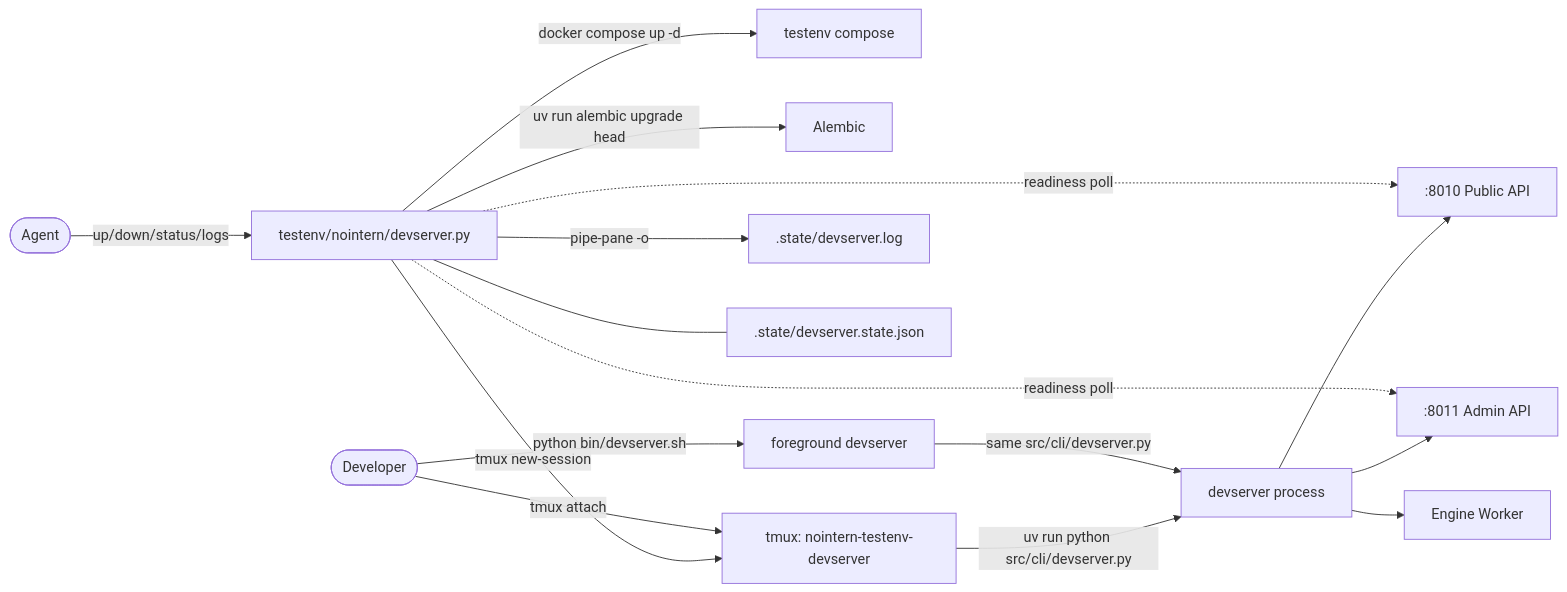
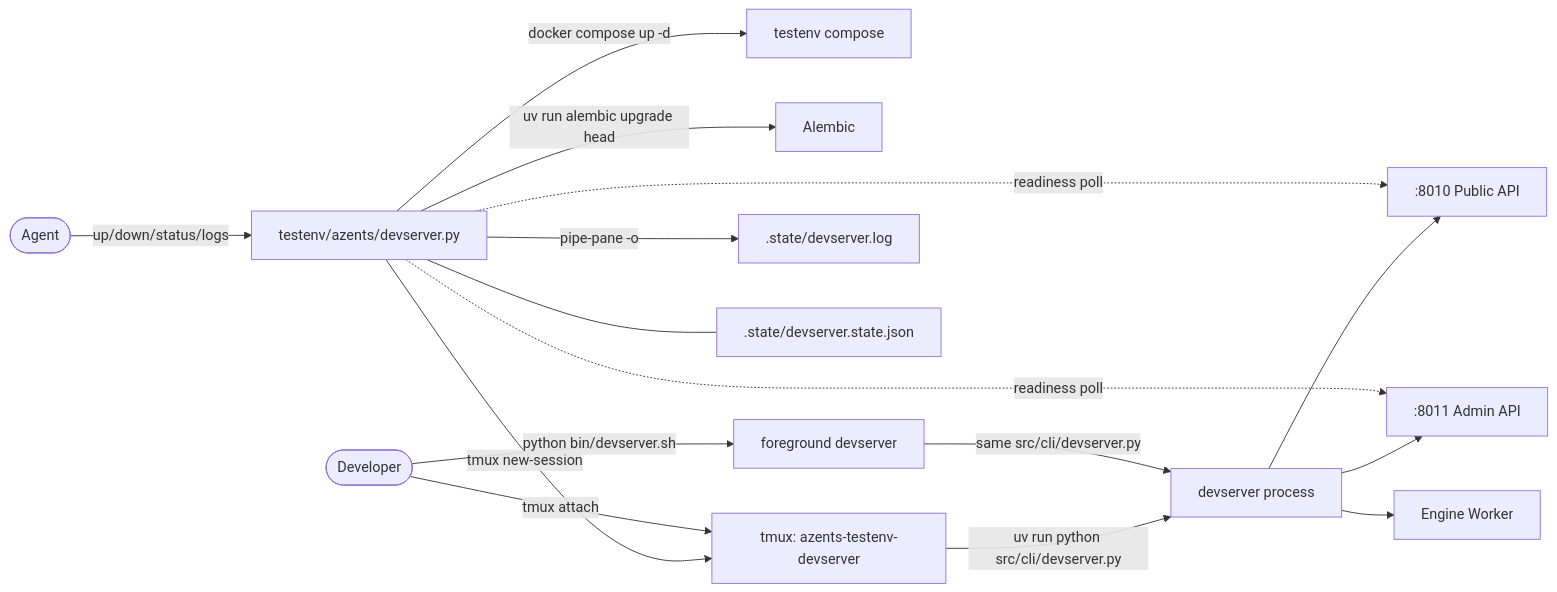
The diagram in docs/azents/adr/devserver-260406-devserver-lifecycle.md (azents/azents), drawn with Mermaid before and after one commit. The commit also changed 245 other files, not shown here.

````diff
--- a/docs/azents/adr/devserver-260406-devserver-lifecycle.md
+++ b/docs/azents/adr/devserver-260406-devserver-lifecycle.md
@@ -27,19 +27,19 @@
 ```mermaid
 flowchart LR
-    Agent([Agent]) -->|up/down/status/logs| CLI[testenv/nointern/devserver.py]
+    Agent([Agent]) -->|up/down/status/logs| CLI[testenv/azents/devserver.py]
     CLI -->|docker compose up -d| Compose[testenv compose]
     CLI -->|uv run alembic upgrade head| Alembic[Alembic]
-    CLI -->|tmux new-session| Tmux[tmux: nointern-testenv-devserver]
+    CLI -->|tmux new-session| Tmux[tmux: azents-testenv-devserver]
     Tmux -->|uv run python src/cli/devserver.py| Devserver[devserver process]
     Devserver --> PublicAPI[:8010 Public API]
     Devserver --> AdminAPI[:8011 Admin API]
     Devserver --> Worker[Engine Worker]
     CLI -->|pipe-pane -o| Log[.state/devserver.log]
     CLI -.->|readiness poll| PublicAPI
     CLI -.->|readiness poll| AdminAPI
     CLI --- State[.state/devserver.state.json]
 
     Human([Developer]) -->|tmux attach| Tmux
     Human -->|python bin/devserver.sh| DevserverFG[foreground devserver]
     DevserverFG -->|same src/cli/devserver.py| Devserver
 ```
````
